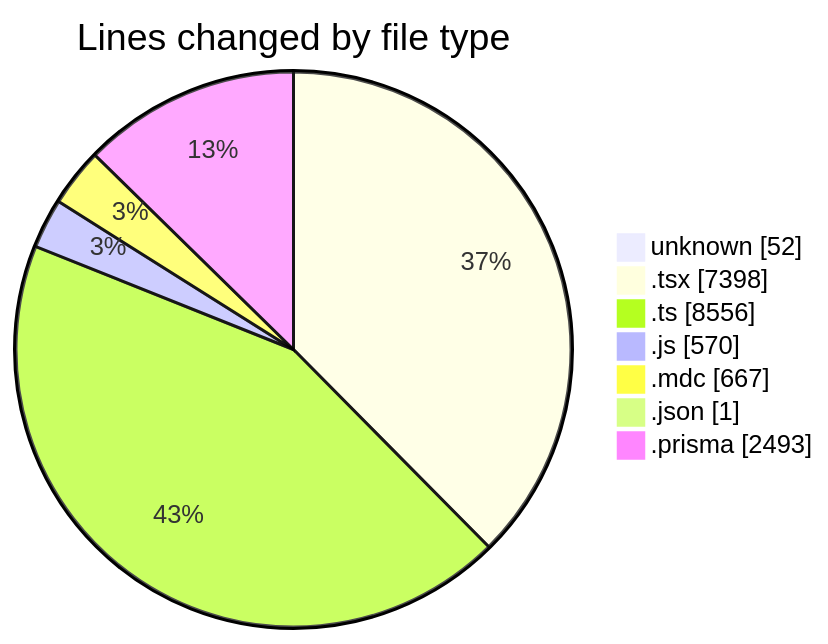
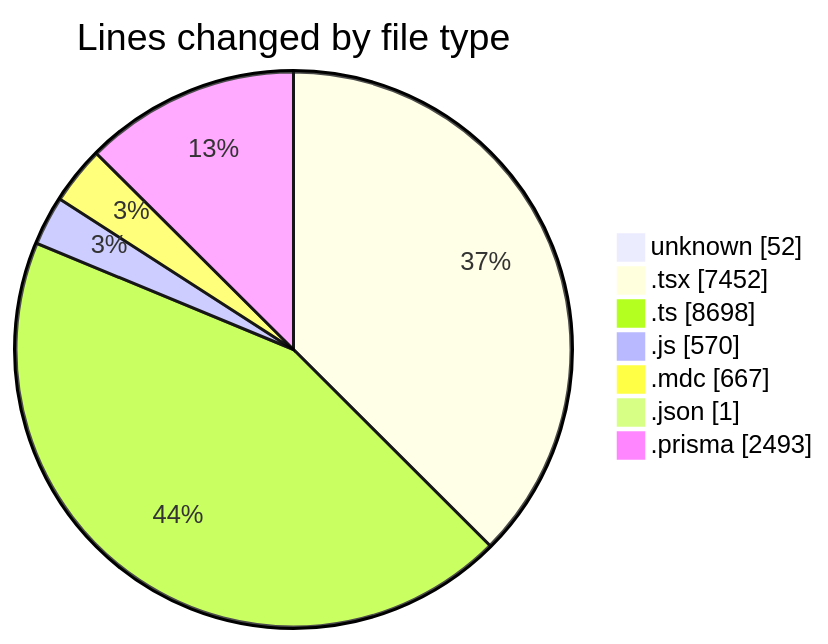
One commit to CELIANVF/code-tracking changed the first of 2 diagrams in 2025-06-02/ecodeli-1/README.md. Above: the diagram before and after it, drawn with Mermaid. The commit also changed other lines of this file and 1 other file, not shown here.

````diff
--- a/2025-06-02/ecodeli-1/README.md
+++ b/2025-06-02/ecodeli-1/README.md
@@ -79,11 +81,11 @@
 ```mermaid
 pie showData
 title Lines changed by file type
 "unknown" : 52
-".tsx" : 7398
-".ts" : 8556
+".tsx" : 7452
+".ts" : 8698
 ".js" : 570
 ".mdc" : 667
 ".json" : 1
 ".prisma" : 2493
 ```
````
